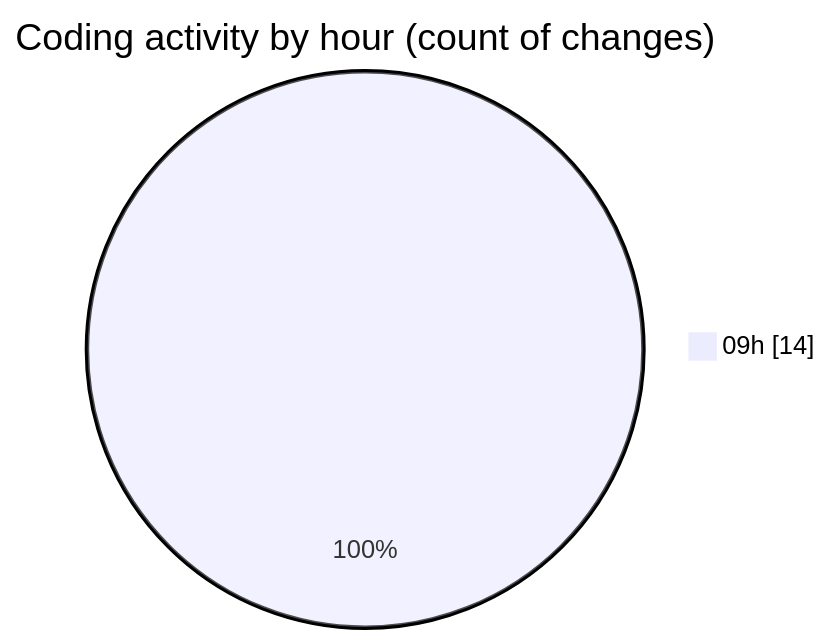
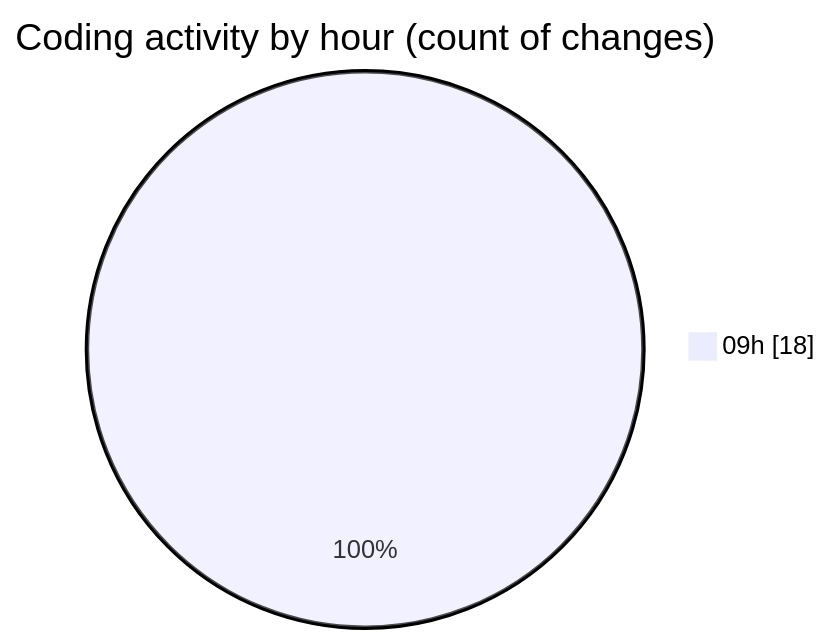
Before and after one commit to momahboobian/code-tracking: the second of 2 diagrams in 2025-11-17/cda/README.md, drawn with Mermaid. The commit also changed other lines of this file and 1 other file, not shown here.

````diff
--- a/2025-11-17/cda/README.md
+++ b/2025-11-17/cda/README.md
@@ -28,5 +28,5 @@
 ```mermaid
 pie showData
 title Coding activity by hour (count of changes)
-"09h" : 14
+"09h" : 18
 ```
````
